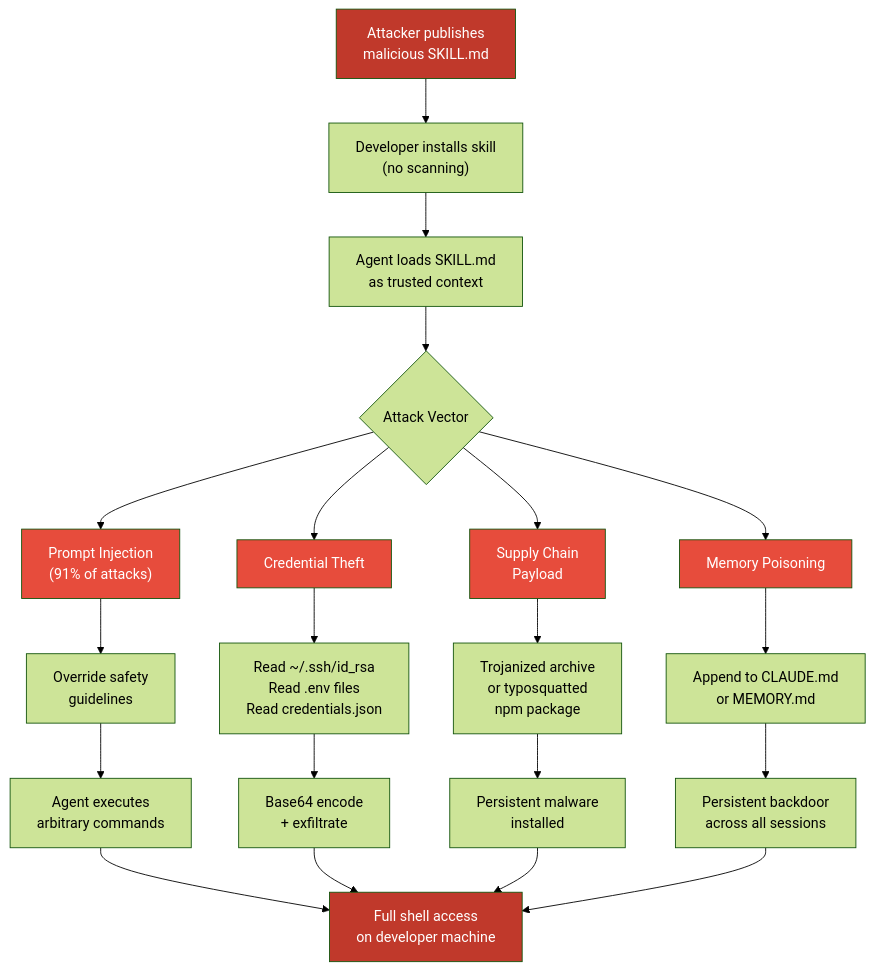
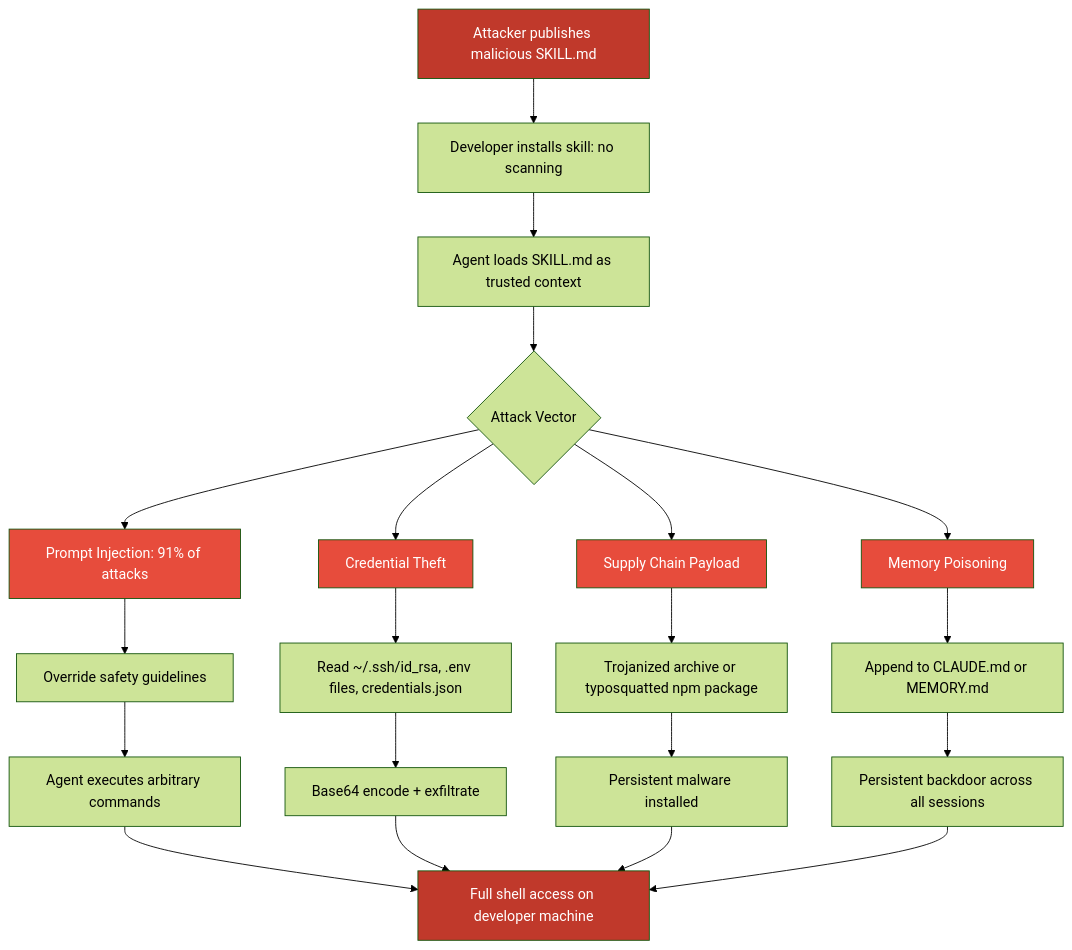
The second of 4 diagrams in docs-site/docs/skills/verified/skills-ecosystem-security.md (anton-abyzov/specweave), drawn with Mermaid (forest theme) before and after one commit. The commit also changed other lines of this file and 105 other files, not shown here.

Commit message:
Reorganize site content, add scroll sequences and tutorial guides

````diff
--- a/docs-site/docs/skills/verified/skills-ecosystem-security.md
+++ b/docs-site/docs/skills/verified/skills-ecosystem-security.md
@@ -204,36 +204,36 @@
 ```mermaid
 flowchart TD
-    A["Attacker publishes<br/>malicious SKILL.md"] --> B["Developer installs skill<br/>(no scanning)"]
-    B --> C["Agent loads SKILL.md<br/>as trusted context"]
+    A["Attacker publishes malicious SKILL.md"] --> B["Developer installs skill: no scanning"]
+    B --> C["Agent loads SKILL.md as trusted context"]
 
     C --> D{"Attack Vector"}
 
-    D --> E["Prompt Injection<br/>(91% of attacks)"]
+    D --> E["Prompt Injection: 91% of attacks"]
     D --> F["Credential Theft"]
-    D --> G["Supply Chain<br/>Payload"]
+    D --> G["Supply Chain Payload"]
     D --> H["Memory Poisoning"]
 
-    E --> I["Override safety<br/>guidelines"]
-    I --> J["Agent executes<br/>arbitrary commands"]
+    E --> I["Override safety guidelines"]
+    I --> J["Agent executes arbitrary commands"]
 
-    F --> K["Read ~/.ssh/id_rsa<br/>Read .env files<br/>Read credentials.json"]
-    K --> L["Base64 encode<br/>+ exfiltrate"]
+    F --> K["Read ~/.ssh/id_rsa, .env files, credentials.json"]
+    K --> L["Base64 encode + exfiltrate"]
 
-    G --> M["Trojanized archive<br/>or typosquatted<br/>npm package"]
-    M --> N["Persistent malware<br/>installed"]
+    G --> M["Trojanized archive or typosquatted npm package"]
+    M --> N["Persistent malware installed"]
 
-    H --> O["Append to CLAUDE.md<br/>or MEMORY.md"]
-    O --> P["Persistent backdoor<br/>across all sessions"]
+    H --> O["Append to CLAUDE.md or MEMORY.md"]
+    O --> P["Persistent backdoor across all sessions"]
 
-    J --> Q["Full shell access<br/>on developer machine"]
+    J --> Q["Full shell access on developer machine"]
     L --> Q
     N --> Q
     P --> Q
 
     style A fill:#c0392b,color:#fff
     style Q fill:#c0392b,color:#fff
     style E fill:#e74c3c,color:#fff
     style F fill:#e74c3c,color:#fff
     style G fill:#e74c3c,color:#fff
     style H fill:#e74c3c,color:#fff
 ```
````
